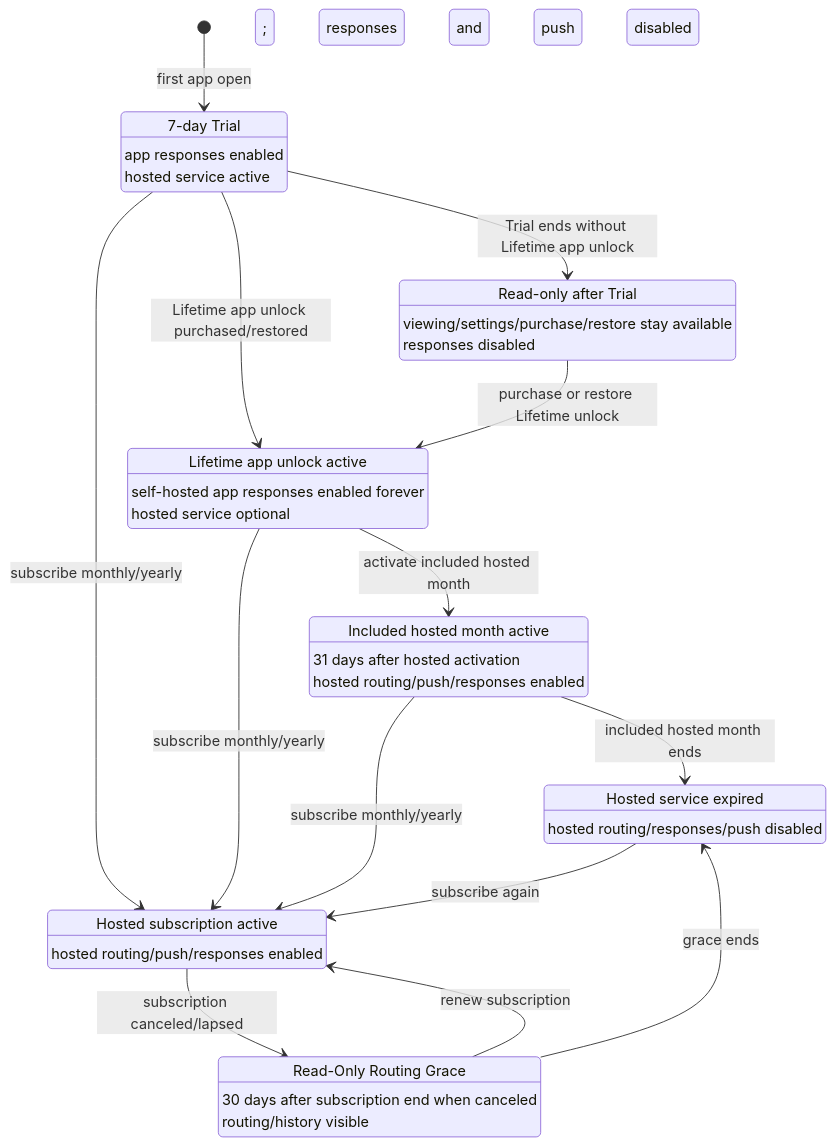
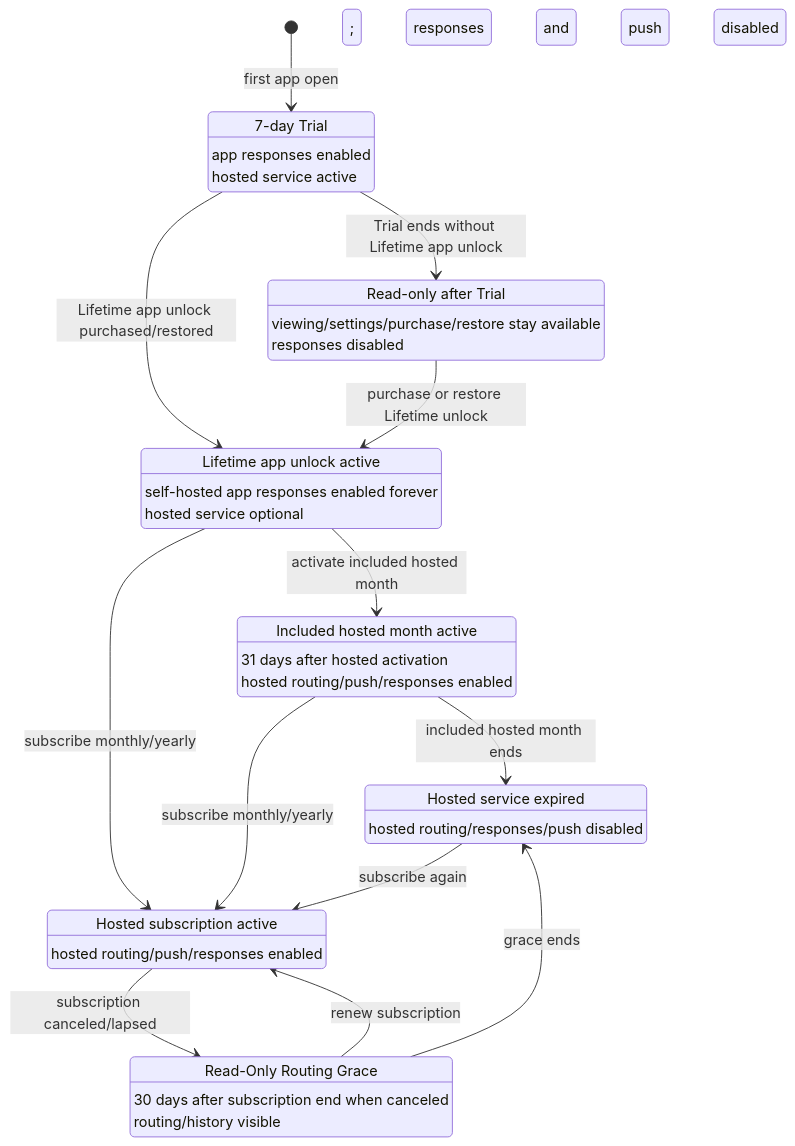
The diagram in docs/entitlement-lifecycle.md (self-deprecated/agent-tick), drawn with Mermaid before and after one commit. The commit also changed other lines of this file and 8 other files, not shown here.

Commit message:
fix(billing): require app unlock before hosted subscription

````diff
--- a/docs/entitlement-lifecycle.md
+++ b/docs/entitlement-lifecycle.md
@@ -12,41 +12,40 @@
 ```mermaid
 stateDiagram-v2
   [*] --> TrialActive: first app open
   TrialActive: 7-day Trial
   TrialActive: app responses enabled
   TrialActive: hosted service active
   TrialActive --> TrialReadOnly: Trial ends without Lifetime app unlock
   TrialActive --> LifetimeUnlocked: Lifetime app unlock purchased/restored
-  TrialActive --> HostedSubscriptionActive: subscribe monthly/yearly
 
   TrialReadOnly: Read-only after Trial
   TrialReadOnly: viewing/settings/purchase/restore stay available
   TrialReadOnly: responses disabled
   TrialReadOnly --> LifetimeUnlocked: purchase or restore Lifetime unlock
 
   LifetimeUnlocked: Lifetime app unlock active
   LifetimeUnlocked: self-hosted app responses enabled forever
   LifetimeUnlocked: hosted service optional
   LifetimeUnlocked --> IncludedHostedMonth: activate included hosted month
   LifetimeUnlocked --> HostedSubscriptionActive: subscribe monthly/yearly
 
   IncludedHostedMonth: Included hosted month active
   IncludedHostedMonth: 31 days after hosted activation
   IncludedHostedMonth: hosted routing/push/responses enabled
   IncludedHostedMonth --> HostedExpired: included hosted month ends
   IncludedHostedMonth --> HostedSubscriptionActive: subscribe monthly/yearly
 
   HostedSubscriptionActive: Hosted subscription active
   HostedSubscriptionActive: hosted routing/push/responses enabled
   HostedSubscriptionActive --> ReadOnlyRoutingGrace: subscription canceled/lapsed
 
   ReadOnlyRoutingGrace: Read-Only Routing Grace
   ReadOnlyRoutingGrace: 30 days after subscription end when canceled
   ReadOnlyRoutingGrace: routing/history visible; responses and push disabled
   ReadOnlyRoutingGrace --> HostedSubscriptionActive: renew subscription
   ReadOnlyRoutingGrace --> HostedExpired: grace ends
 
   HostedExpired: Hosted service expired
   HostedExpired: hosted routing/responses/push disabled
   HostedExpired --> HostedSubscriptionActive: subscribe again
 ```
````
